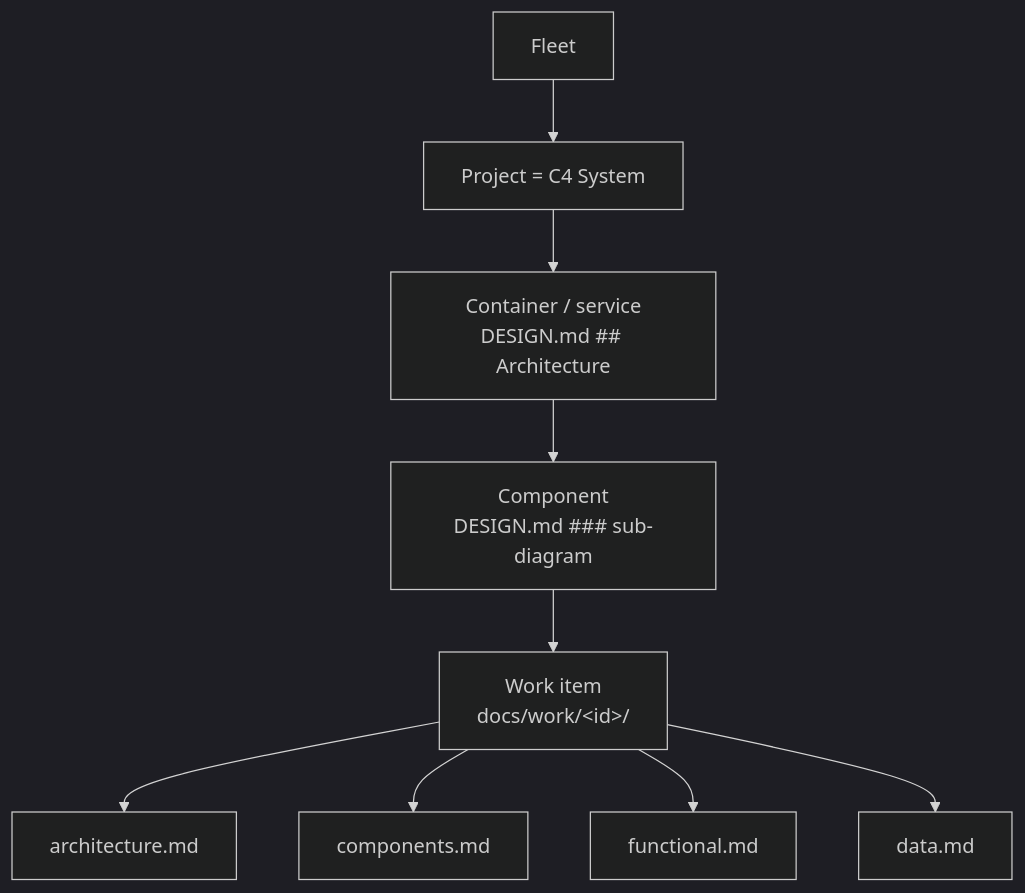
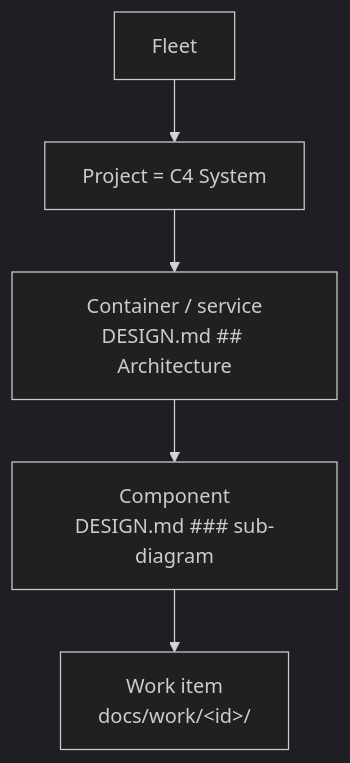
Before and after one commit to sibulus13/claudence: the second of 5 diagrams in skills/dark-factory/WORK-ITEM-STANDARD.md, drawn with Mermaid (dark theme). The commit also changed other lines of this file and 6 other files, not shown here.

````diff
--- a/skills/dark-factory/WORK-ITEM-STANDARD.md
+++ b/skills/dark-factory/WORK-ITEM-STANDARD.md
@@ -5,11 +28,7 @@
 ```mermaid
 flowchart TD
   F[Fleet] --> P[Project = C4 System]
   P --> C[Container / service<br/>DESIGN.md ## Architecture]
   C --> K[Component<br/>DESIGN.md ### sub-diagram]
   K --> W[Work item<br/>docs/work/&lt;id&gt;/]
-  W --> L1[architecture.md]
-  W --> L2[components.md]
-  W --> L3[functional.md]
-  W --> L4[data.md]
 ```
````
